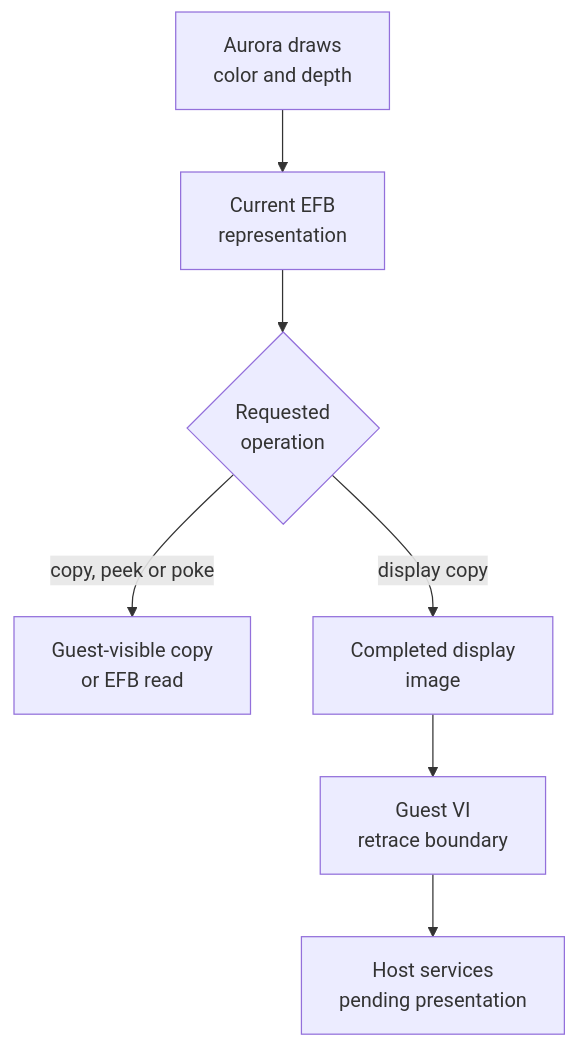
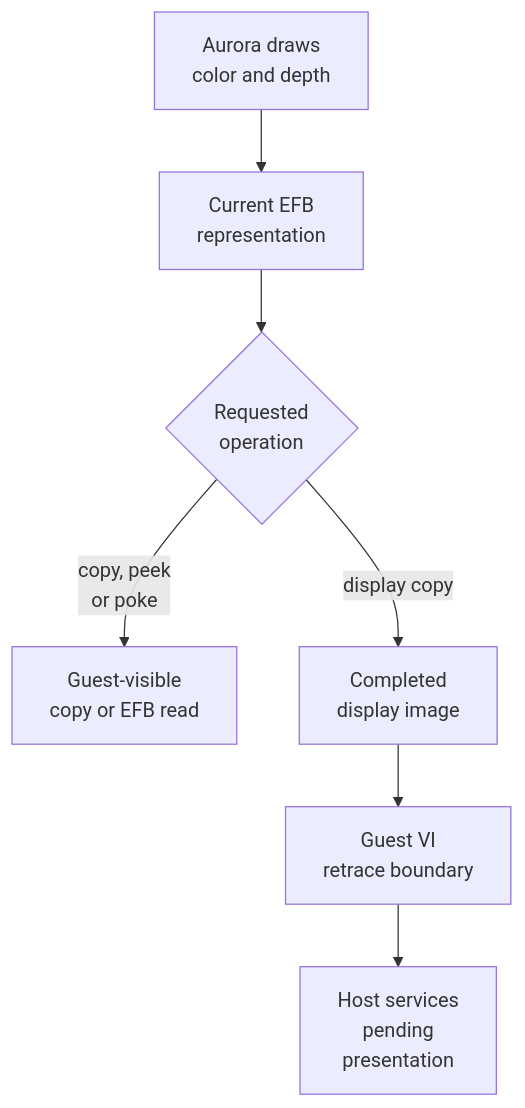
Before and after one commit to Aelbannan/boat_of_daphnes: diagram 11 of 11 in docs/architecture/Graphics.md, drawn with Mermaid. The commit also changed other lines of this file, not shown here.

Commit message:
Wrap Graphics labels more tightly

````diff
--- a/docs/architecture/Graphics.md
+++ b/docs/architecture/Graphics.md
@@ -653,15 +653,15 @@
 ```mermaid
 flowchart TD
     Draws["Aurora draws<br>color and depth"]
     EFB["Current EFB<br>representation"]
     Copy{"Requested<br>operation"}
-    Guest["Guest-visible copy<br>or EFB read"]
-    Frame["Completed display<br>image"]
+    Guest["Guest-visible<br>copy or EFB read"]
+    Frame["Completed<br>display image"]
     Retrace["Guest VI<br>retrace boundary"]
-    Present["Host services<br>pending presentation"]
+    Present["Host services<br>pending<br>presentation"]
 
     Draws --> EFB --> Copy
-    Copy -->|"copy, peek or poke"| Guest
+    Copy -->|"copy, peek<br>or poke"| Guest
     Copy -->|"display copy"| Frame
     Frame --> Retrace --> Present
 ```
````
